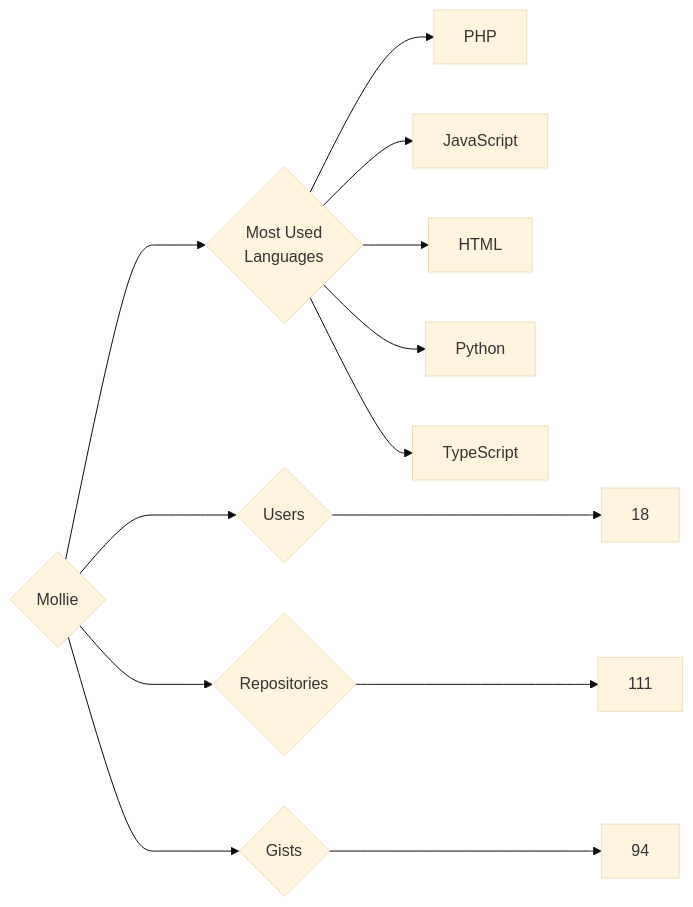
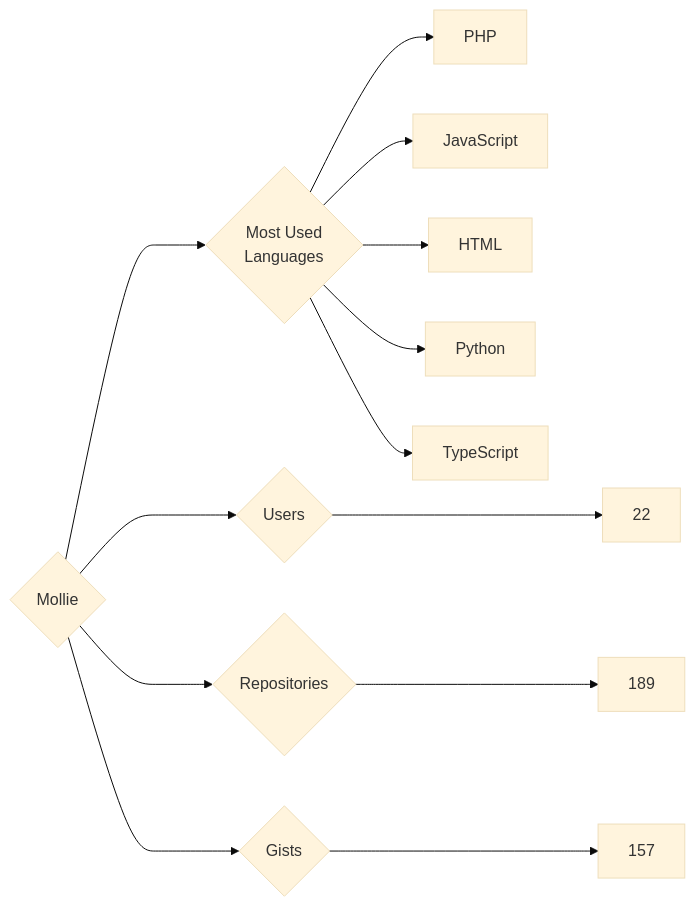
The diagram in targets/Mollie/README.md (trickest/insiders), drawn with Mermaid (base theme) before and after one commit. The commit also changed 953 other files, not shown here.

````diff
--- a/targets/Mollie/README.md
+++ b/targets/Mollie/README.md
@@ -3,13 +3,13 @@
 ```mermaid
 graph LR
 COMPANY_NAME{Mollie}
-COMPANY_NAME ---> U{Users} ---> UN[18]
-COMPANY_NAME ---> R{Repositories} ---> RN[111]
-COMPANY_NAME ---> G{Gists} ---> GN[94]
+COMPANY_NAME ---> U{Users} ---> UN[22]
+COMPANY_NAME ---> R{Repositories} ---> RN[189]
+COMPANY_NAME ---> G{Gists} ---> GN[157]
 COMPANY_NAME ---> ML{Most Used<br>Languages}
 ML --> PHP[PHP]
 ML --> JavaScript[JavaScript]
 ML --> HTML[HTML]
 ML --> Python[Python]
 ML --> TypeScript[TypeScript]
 ```
````
